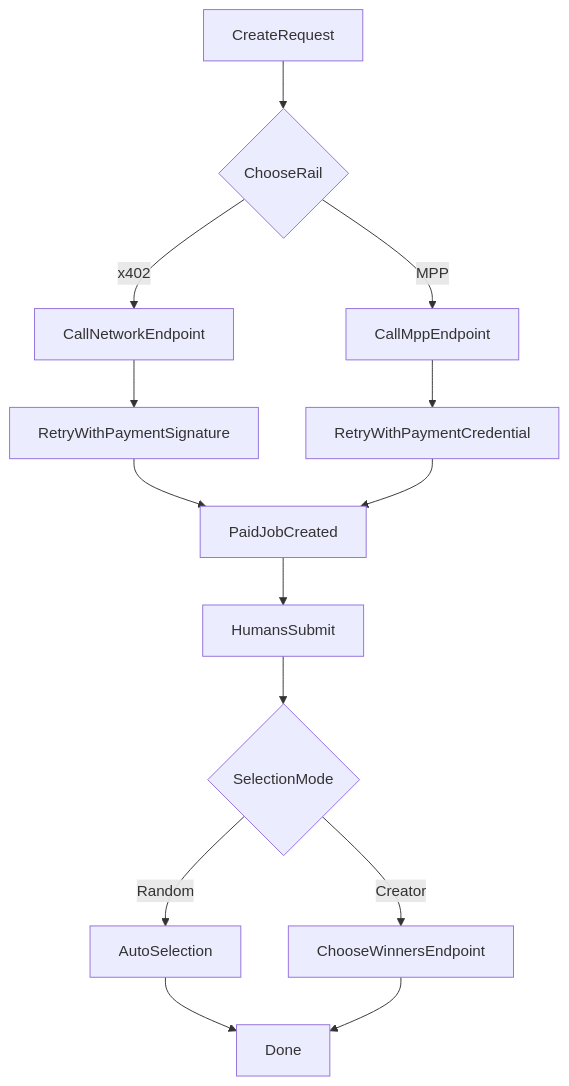
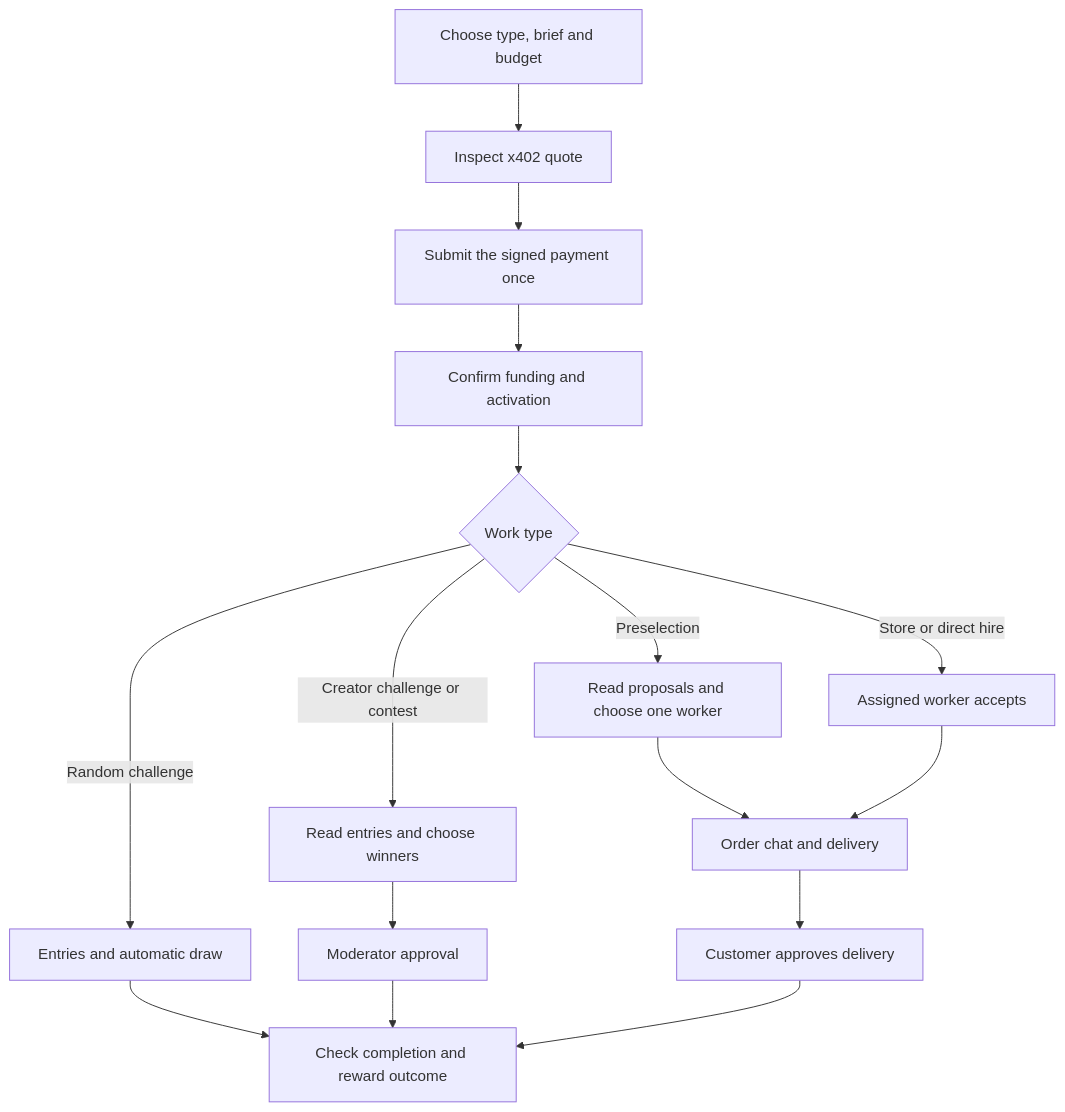
The diagram in concepts/job-flow.mdx (STATIKHEADZ/docs), drawn with Mermaid before and after one commit. The commit also changed other lines of this file and 33 other files, not shown here.

````diff
--- a/concepts/job-flow.mdx
+++ b/concepts/job-flow.mdx
@@ -8,16 +8,18 @@
 ```mermaid
 flowchart TD
-  startNode[CreateRequest] --> railChoice{ChooseRail}
-  railChoice -->|x402| x402Challenge[CallNetworkEndpoint]
-  railChoice -->|MPP| mppChallenge[CallMppEndpoint]
-  x402Challenge --> x402Retry[RetryWithPaymentSignature]
-  mppChallenge --> mppRetry[RetryWithPaymentCredential]
-  x402Retry --> paidJob[PaidJobCreated]
-  mppRetry --> paidJob
-  paidJob --> responses[HumansSubmit]
-  responses --> resultMode{SelectionMode}
-  resultMode -->|Random| autoSelect[AutoSelection]
-  resultMode -->|Creator| manualSelect[ChooseWinnersEndpoint]
-  autoSelect --> doneNode[Done]
-  manualSelect --> doneNode
+  brief[Choose type, brief and budget] --> quote[Inspect x402 quote]
+  quote --> payment[Submit the signed payment once]
+  payment --> funding[Confirm funding and activation]
+  funding --> mode{Work type}
+  mode -->|Random challenge| draw[Entries and automatic draw]
+  mode -->|Creator challenge or contest| choose[Read entries and choose winners]
+  choose --> moderation[Moderator approval]
+  mode -->|Preselection| proposal[Read proposals and choose one worker]
+  mode -->|Store or direct hire| invitation[Assigned worker accepts]
+  proposal --> delivery[Order chat and delivery]
+  invitation --> delivery
+  delivery --> approve[Customer approves delivery]
+  draw --> outcome[Check completion and reward outcome]
+  moderation --> outcome
+  approve --> outcome
 ```
````
